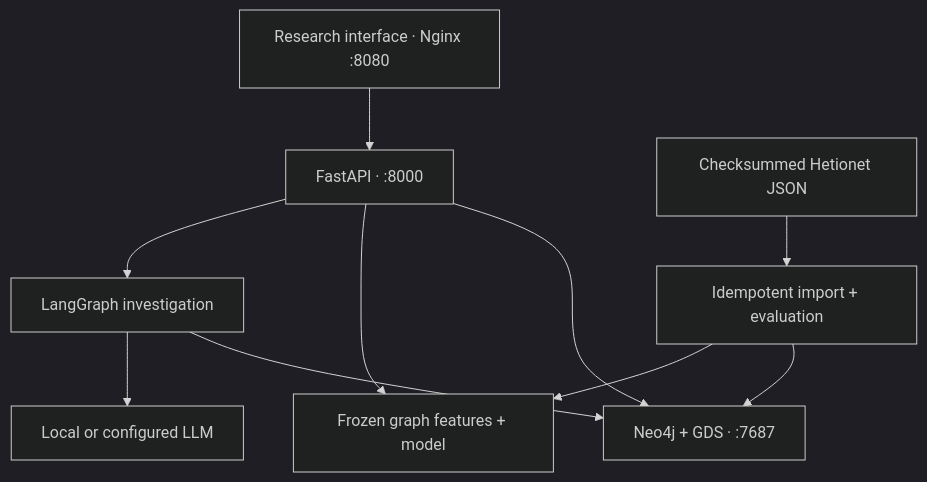
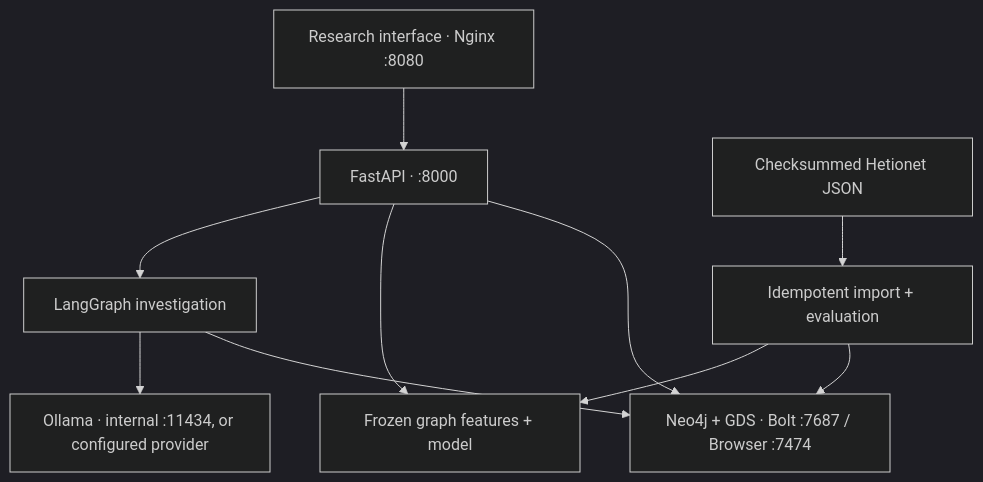
The second of 2 diagrams in README.md (Azzbee/ariadne-bio), drawn with Mermaid (dark theme) before and after one commit. The commit also changed other lines of this file and 55 other files, not shown here.

````diff
--- a/README.md
+++ b/README.md
@@ -292,12 +378,12 @@
 ```mermaid
 flowchart TD
     U["Research interface · Nginx :8080"] --> A["FastAPI · :8000"]
-    A --> N["Neo4j + GDS · :7687"]
+    A --> N["Neo4j + GDS · Bolt :7687 / Browser :7474"]
     A --> M["Frozen graph features + model"]
     A --> L["LangGraph investigation"]
     L --> N
-    L --> O["Local or configured LLM"]
+    L --> O["Ollama · internal :11434, or configured provider"]
     H["Checksummed Hetionet JSON"] --> E["Idempotent import + evaluation"]
     E --> N
     E --> M
 ```
````
